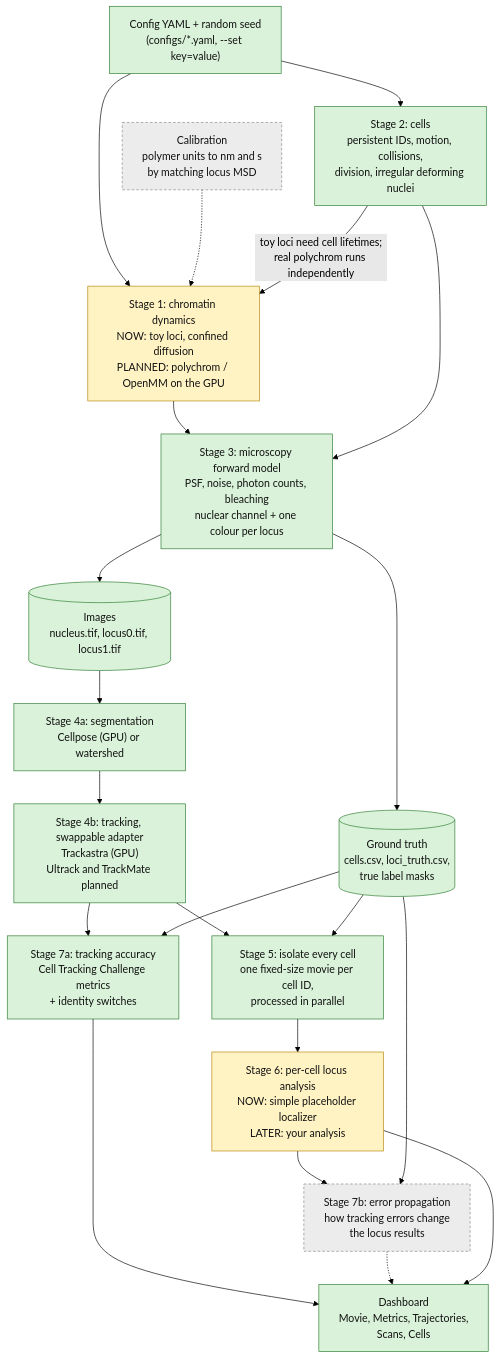
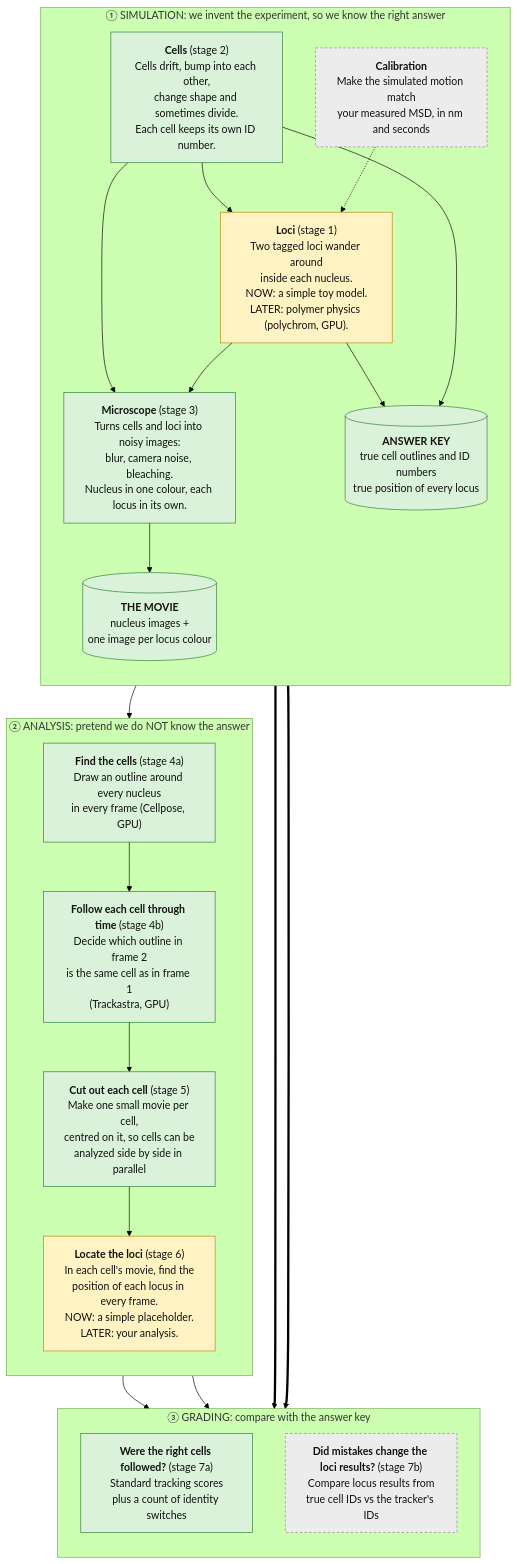
Before and after one commit to CHB-Bohrer/Sim_Live_Cell_Analysis: the second of 5 diagrams in docs/ARCHITECTURE.md, drawn with Mermaid (forest theme). The commit also changed other lines of this file, not shown here.

Commit message:
Rewrite architecture diagrams in plain language (big picture, zones, worked example, glossary)

````diff
--- a/docs/ARCHITECTURE.md
+++ b/docs/ARCHITECTURE.md
@@ -13,44 +36,43 @@
 ```mermaid
 flowchart TD
-    CFG["Config YAML + random seed<br/>(configs/*.yaml, --set key=value)"]:::built
+    subgraph SIM["① SIMULATION: we invent the experiment, so we know the right answer"]
+        direction TB
+        S2["<b>Cells</b> (stage 2)<br/>Cells drift, bump into each other,<br/>change shape and sometimes divide.<br/>Each cell keeps its own ID number."]:::built
+        S1["<b>Loci</b> (stage 1)<br/>Two tagged loci wander around<br/>inside each nucleus.<br/>NOW: a simple toy model.<br/>LATER: polymer physics (polychrom, GPU)."]:::standin
+        CAL["<b>Calibration</b><br/>Make the simulated motion match<br/>your measured MSD, in nm and seconds"]:::planned
+        S3["<b>Microscope</b> (stage 3)<br/>Turns cells and loci into noisy images:<br/>blur, camera noise, bleaching.<br/>Nucleus in one colour, each locus in its own."]:::built
+        TRUTH[("<b>ANSWER KEY</b><br/>true cell outlines and ID numbers<br/>true position of every locus")]:::built
+        MOVIE[("<b>THE MOVIE</b><br/>nucleus images +<br/>one image per locus colour")]:::built
+    end
 
-    CAL["Calibration<br/>polymer units to nm and s<br/>by matching locus MSD"]:::planned
-    S1["Stage 1: chromatin dynamics<br/>NOW: toy loci, confined diffusion<br/>PLANNED: polychrom / OpenMM on the GPU"]:::standin
-    S2["Stage 2: cells<br/>persistent IDs, motion, collisions,<br/>division, irregular deforming nuclei"]:::built
-    S3["Stage 3: microscopy forward model<br/>PSF, noise, photon counts, bleaching<br/>nuclear channel + one colour per locus"]:::built
+    subgraph ANA["② ANALYSIS: pretend we do NOT know the answer"]
+        direction TB
+        S4A["<b>Find the cells</b> (stage 4a)<br/>Draw an outline around every nucleus<br/>in every frame (Cellpose, GPU)"]:::built
+        S4B["<b>Follow each cell through time</b> (stage 4b)<br/>Decide which outline in frame 2<br/>is the same cell as in frame 1<br/>(Trackastra, GPU)"]:::built
+        S5["<b>Cut out each cell</b> (stage 5)<br/>Make one small movie per cell,<br/>centred on it, so cells can be<br/>analyzed side by side in parallel"]:::built
+        S6["<b>Locate the loci</b> (stage 6)<br/>In each cell's movie, find the<br/>position of each locus in every frame.<br/>NOW: a simple placeholder.<br/>LATER: your analysis."]:::standin
+    end
 
-    GT[("Ground truth<br/>cells.csv, loci_truth.csv,<br/>true label masks")]:::built
-    IMG[("Images<br/>nucleus.tif, locus0.tif, locus1.tif")]:::built
+    subgraph GRADE["③ GRADING: compare with the answer key"]
+        direction TB
+        S7A["<b>Were the right cells followed?</b> (stage 7a)<br/>Standard tracking scores<br/>plus a count of identity switches"]:::built
+        S7B["<b>Did mistakes change the loci results?</b> (stage 7b)<br/>Compare locus results from<br/>true cell IDs vs the tracker's IDs"]:::planned
+    end
 
-    S4A["Stage 4a: segmentation<br/>Cellpose (GPU) or watershed"]:::built
-    S4B["Stage 4b: tracking, swappable adapter<br/>Trackastra (GPU)<br/>Ultrack and TrackMate planned"]:::built
-    S5["Stage 5: isolate every cell<br/>one fixed-size movie per cell ID,<br/>processed in parallel"]:::built
-    S6["Stage 6: per-cell locus analysis<br/>NOW: simple placeholder localizer<br/>LATER: your analysis"]:::standin
-    S7A["Stage 7a: tracking accuracy<br/>Cell Tracking Challenge metrics<br/>+ identity switches"]:::built
-    S7B["Stage 7b: error propagation<br/>how tracking errors change<br/>the locus results"]:::planned
-    UI["Dashboard<br/>Movie, Metrics, Trajectories,<br/>Scans, Cells"]:::built
-
-    CFG --> S1
-    CFG --> S2
     CAL -.-> S1
-    S2 -->|"toy loci need cell lifetimes;<br/>real polychrom runs independently"| S1
+    S2 --> S1
     S1 --> S3
     S2 --> S3
-    S3 --> IMG
-    S3 --> GT
-    IMG --> S4A --> S4B
-    S4B --> S5
-    GT --> S5
-    S5 --> S6
+    S3 --> MOVIE
+    S2 --> TRUTH
+    S1 --> TRUTH
+    MOVIE --> S4A --> S4B --> S5 --> S6
     S4B --> S7A
-    GT --> S7A
     S6 --> S7B
-    GT --> S7B
-    S7A --> UI
-    S7B -.-> UI
-    S6 --> UI
+    TRUTH ==> S7A
+    TRUTH ==> S7B
 
     classDef built fill:#d9f2d9,stroke:#2e7d32,color:#111;
     classDef standin fill:#fff3c4,stroke:#b8860b,color:#111;
     classDef planned fill:#ececec,stroke:#888,stroke-dasharray: 4 3,color:#111;
 ```
````
